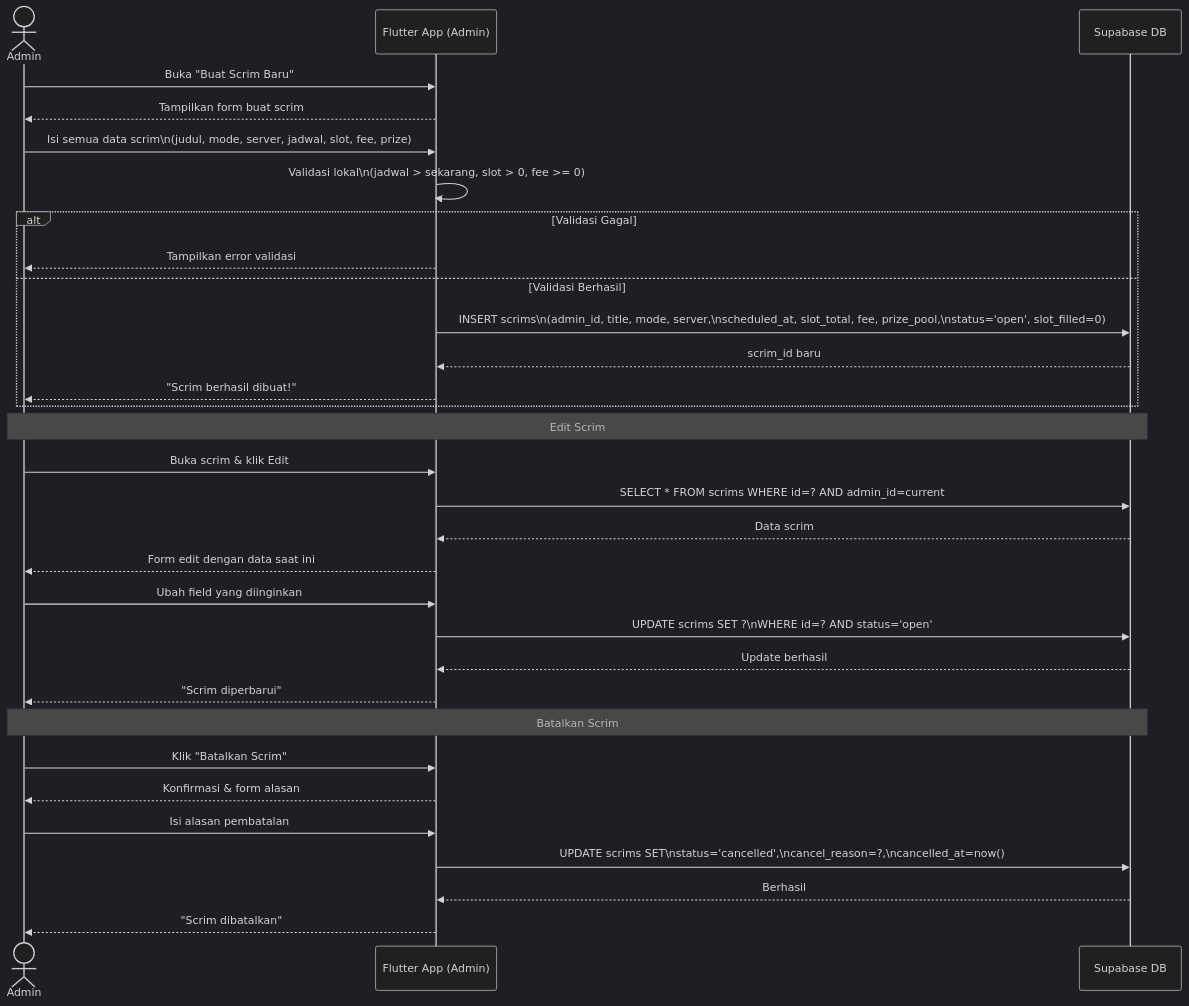
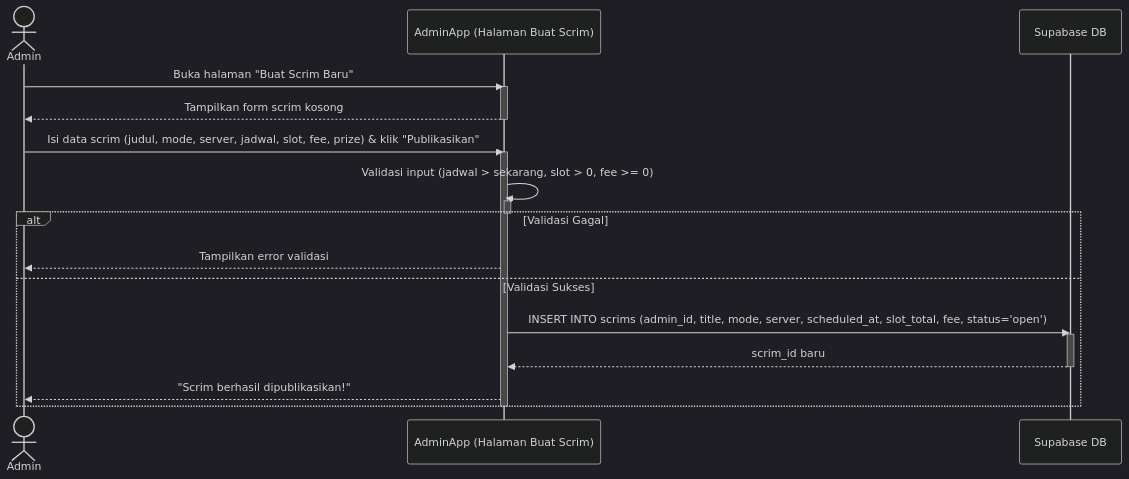
Before and after one commit to yosima050/booyahhub: diagram 35 of 47 in DOKUMENTASI.md, drawn with Mermaid (dark theme). The commit also changed other lines of this file, not shown here.

Commit message:
docs: update user flow documentation with expanded process steps and refined sequence diagrams

````diff
--- a/DOKUMENTASI.md
+++ b/DOKUMENTASI.md
@@ -1182,39 +1337,28 @@
 ```mermaid
 sequenceDiagram
     actor Admin
-    participant App as Flutter App (Admin)
+    participant App as AdminApp (Halaman Buat Scrim)
     participant DB as Supabase DB
 
-    Admin->>App: Buka "Buat Scrim Baru"
-    App-->>Admin: Tampilkan form buat scrim
+    Admin->>App: Buka halaman "Buat Scrim Baru"
+    activate App
+    App-->>Admin: Tampilkan form scrim kosong
+    deactivate App
 
-    Admin->>App: Isi semua data scrim\n(judul, mode, server, jadwal, slot, fee, prize)
-    App->>App: Validasi lokal\n(jadwal > sekarang, slot > 0, fee >= 0)
+    Admin->>App: Isi data scrim (judul, mode, server, jadwal, slot, fee, prize) & klik "Publikasikan"
+    activate App
+    App->>App: Validasi input (jadwal > sekarang, slot > 0, fee >= 0)
+    activate App
+    deactivate App
 
     alt Validasi Gagal
         App-->>Admin: Tampilkan error validasi
-    else Validasi Berhasil
-        App->>DB: INSERT scrims\n(admin_id, title, mode, server,\nscheduled_at, slot_total, fee, prize_pool,\nstatus='open', slot_filled=0)
+    else Validasi Sukses
+        App->>DB: INSERT INTO scrims (admin_id, title, mode, server, scheduled_at, slot_total, fee, status='open')
+        activate DB
         DB-->>App: scrim_id baru
-        App-->>Admin: "Scrim berhasil dibuat!"
+        deactivate DB
+        App-->>Admin: "Scrim berhasil dipublikasikan!"
     end
-
-    Note over Admin,DB: Edit Scrim
-    Admin->>App: Buka scrim & klik Edit
-    App->>DB: SELECT * FROM scrims WHERE id=? AND admin_id=current
-    DB-->>App: Data scrim
-    App-->>Admin: Form edit dengan data saat ini
-
-    Admin->>App: Ubah field yang diinginkan
-    App->>DB: UPDATE scrims SET ?\nWHERE id=? AND status='open'
-    DB-->>App: Update berhasil
-    App-->>Admin: "Scrim diperbarui"
-
-    Note over Admin,DB: Batalkan Scrim
-    Admin->>App: Klik "Batalkan Scrim"
-    App-->>Admin: Konfirmasi & form alasan
-    Admin->>App: Isi alasan pembatalan
-    App->>DB: UPDATE scrims SET\nstatus='cancelled',\ncancel_reason=?,\ncancelled_at=now()
-    DB-->>App: Berhasil
-    App-->>Admin: "Scrim dibatalkan"
+    deactivate App
 ```
````
